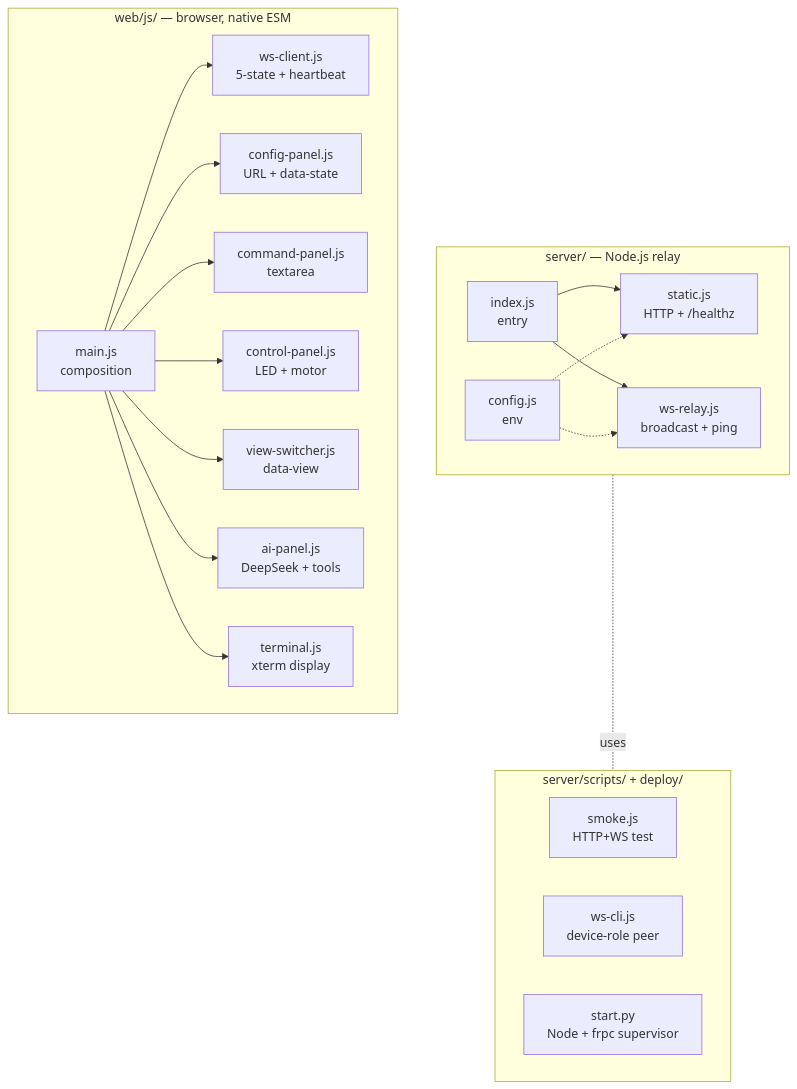
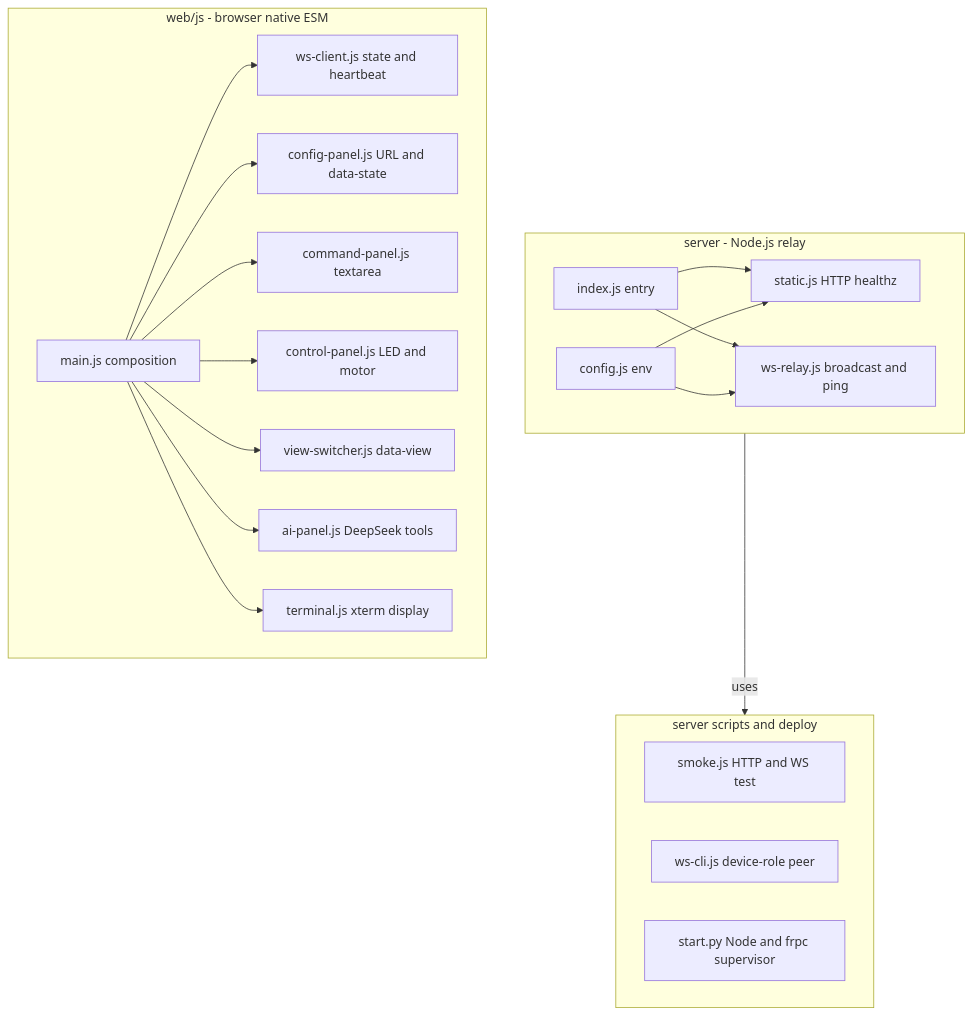
One commit to rsecss/helmet-console changed the second of 2 diagrams in README.md. Above: the diagram before and after it, drawn with Mermaid. The commit also changed other lines of this file and 1 other file, not shown here.

Commit message:
docs(readme): simplify mermaid node labels for renderer
Strip HTML-style labels (<br/>, emoji, quoted text) from the system
context and module diagrams; switch to plain-text labels with named-
edge arrows. Some Markdown viewers (notably GitHub's mermaid renderer)
were inconsistent with the original syntax.

No content/topology change.

````diff
--- a/README.md
+++ b/README.md
@@ -133,39 +135,39 @@
 ```mermaid
 flowchart TB
-    subgraph server["server/ — Node.js relay"]
-        idx["index.js<br/>entry"]
-        st["static.js<br/>HTTP + /healthz"]
-        rl["ws-relay.js<br/>broadcast + ping"]
-        cf["config.js<br/>env"]
+    subgraph serverGroup[server - Node.js relay]
+        idx[index.js entry]
+        st[static.js HTTP healthz]
+        rl[ws-relay.js broadcast and ping]
+        cf[config.js env]
         idx --> st
         idx --> rl
-        cf -.-> st
-        cf -.-> rl
+        cf --> st
+        cf --> rl
     end
 
-    subgraph web["web/js/ — browser, native ESM"]
-        m["main.js<br/>composition"]
-        wsc["ws-client.js<br/>5-state + heartbeat"]
-        cp["config-panel.js<br/>URL + data-state"]
-        cmd["command-panel.js<br/>textarea"]
-        ctrl["control-panel.js<br/>LED + motor"]
-        vsw["view-switcher.js<br/>data-view"]
-        ai["ai-panel.js<br/>DeepSeek + tools"]
-        term["terminal.js<br/>xterm display"]
+    subgraph webGroup[web/js - browser native ESM]
+        m[main.js composition]
+        wsc[ws-client.js state and heartbeat]
+        cp[config-panel.js URL and data-state]
+        cmd[command-panel.js textarea]
+        ctrl[control-panel.js LED and motor]
+        vsw[view-switcher.js data-view]
+        ai[ai-panel.js DeepSeek tools]
+        term[terminal.js xterm display]
         m --> wsc
         m --> cp
         m --> cmd
         m --> ctrl
         m --> vsw
         m --> ai
         m --> term
     end
 
-    subgraph scripts["server/scripts/ + deploy/"]
-        smk["smoke.js<br/>HTTP+WS test"]
-        cli["ws-cli.js<br/>device-role peer"]
-        sp["start.py<br/>Node + frpc supervisor"]
+    subgraph scriptsGroup[server scripts and deploy]
+        smk[smoke.js HTTP and WS test]
+        cli[ws-cli.js device-role peer]
+        sp[start.py Node and frpc supervisor]
     end
 
-    server -. uses .- scripts
+    serverGroup -->|uses| scriptsGroup
 ```
````
